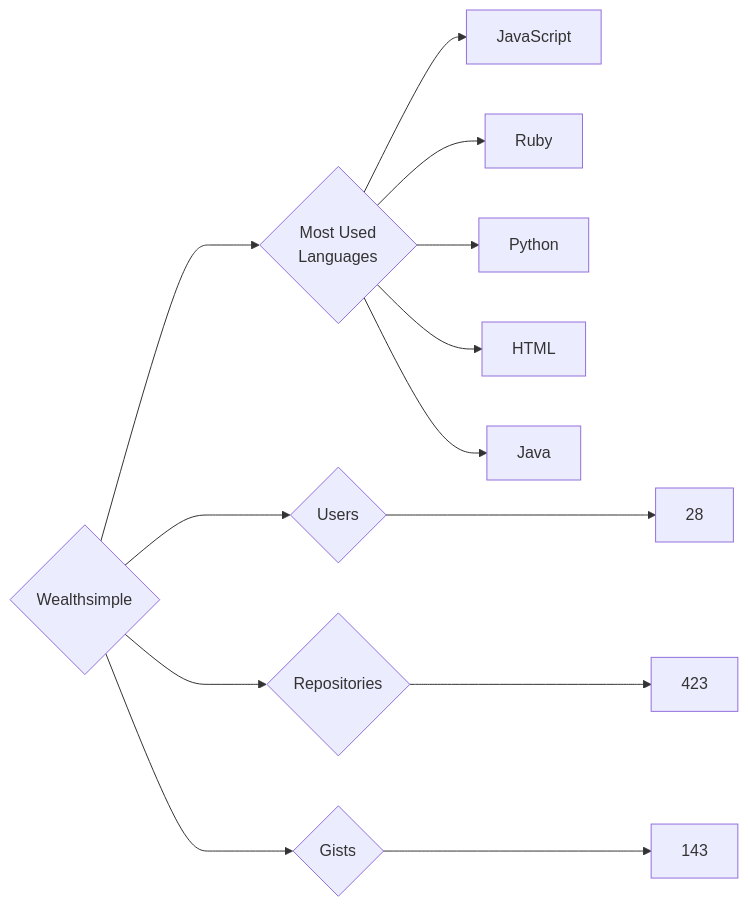
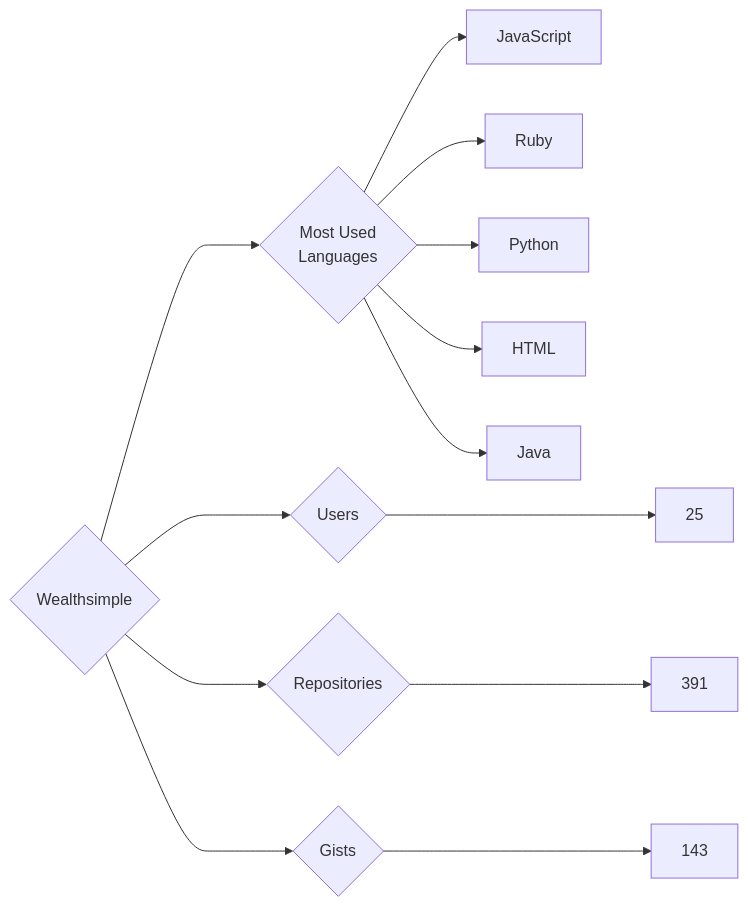
One commit to trickest/insiders changed the diagram in targets/Wealthsimple/README.md. Above: the diagram before and after it, drawn with Mermaid. The commit also changed 823 other files, not shown here.

````diff
--- a/targets/Wealthsimple/README.md
+++ b/targets/Wealthsimple/README.md
@@ -3,13 +3,13 @@
 ```mermaid
 graph LR
 COMPANY_NAME{Wealthsimple}
-COMPANY_NAME ---> U{Users} ---> UN[28]
-COMPANY_NAME ---> R{Repositories} ---> RN[423]
+COMPANY_NAME ---> U{Users} ---> UN[25]
+COMPANY_NAME ---> R{Repositories} ---> RN[391]
 COMPANY_NAME ---> G{Gists} ---> GN[143]
 COMPANY_NAME ---> ML{Most Used<br>Languages}
 ML --> JavaScript[JavaScript]
 ML --> Ruby[Ruby]
 ML --> Python[Python]
 ML --> HTML[HTML]
 ML --> Java[Java]
 ```
````
